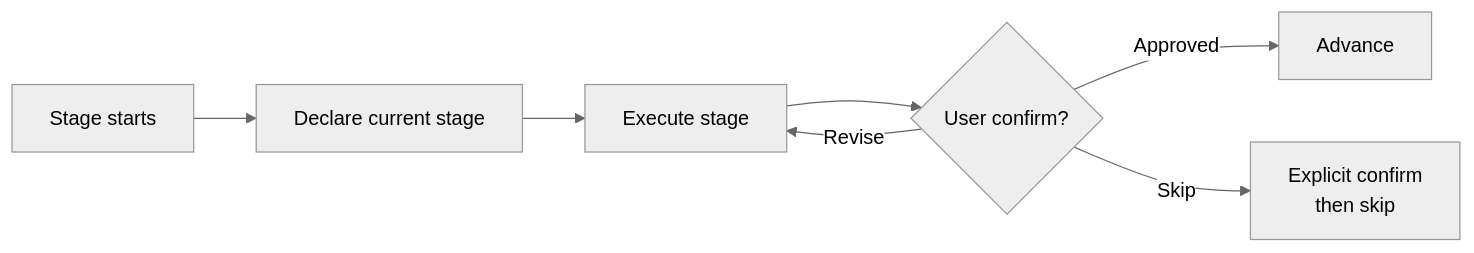
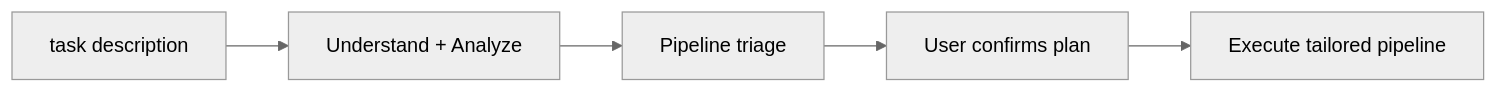
The diagram in task/SKILL.md (GOODDAYDAY/my-skills), drawn with Mermaid (neutral theme) before and after one commit. The commit also changed other lines of this file and 20 other files, not shown here.

````diff
--- a/task/SKILL.md
+++ b/task/SKILL.md
@@ -39,9 +15,7 @@
 ```mermaid
 flowchart LR
-    A[Stage starts] --> B[Declare current stage]
-    B --> C[Execute stage]
-    C --> D{User confirm?}
-    D -- Approved --> E[Advance]
-    D -- Skip --> F[Explicit confirm\nthen skip]
-    D -- Revise --> C
+    A[task description] --> B[Understand + Analyze]
+    B --> C[Pipeline triage]
+    C --> D[User confirms plan]
+    D --> E[Execute tailored pipeline]
 ```
````
